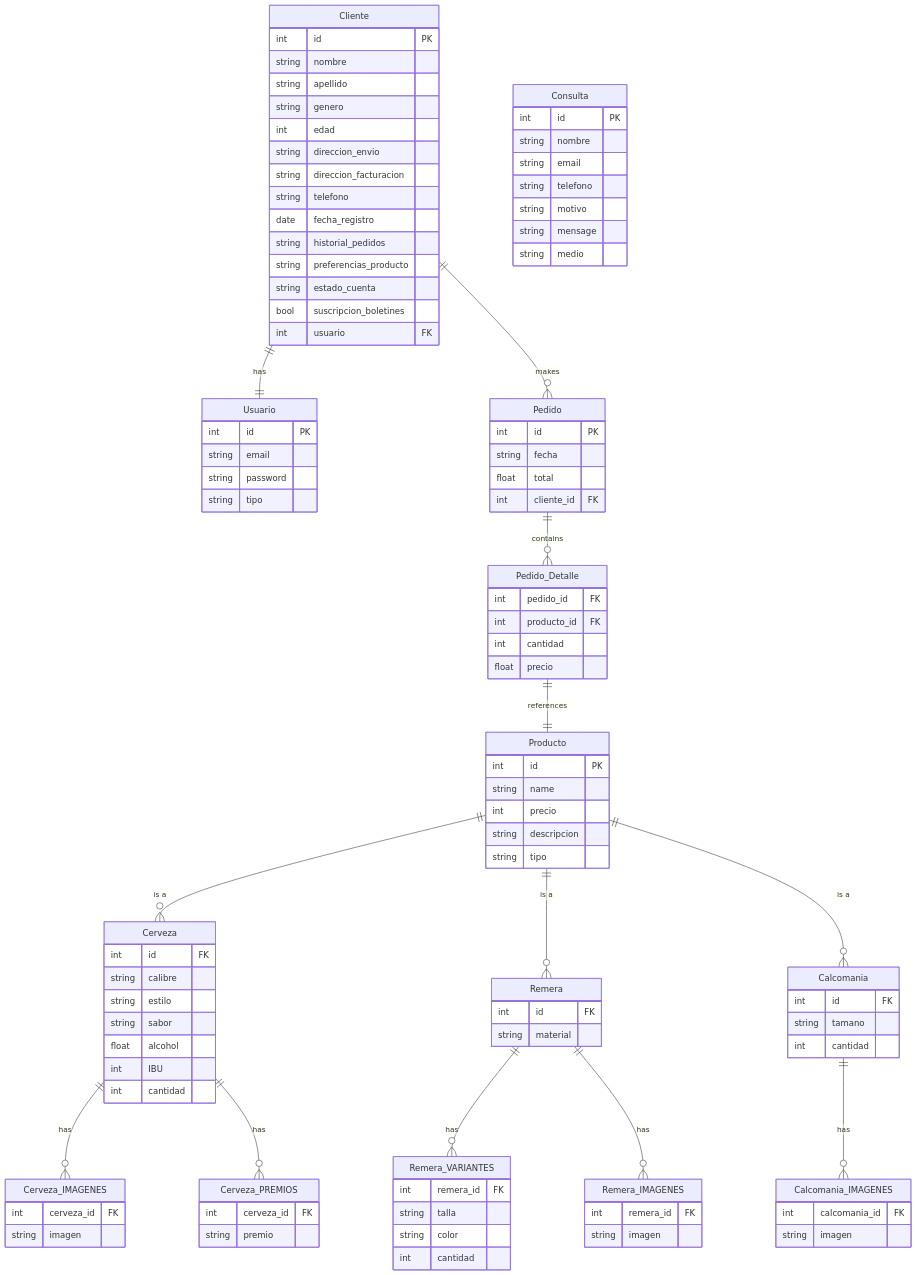
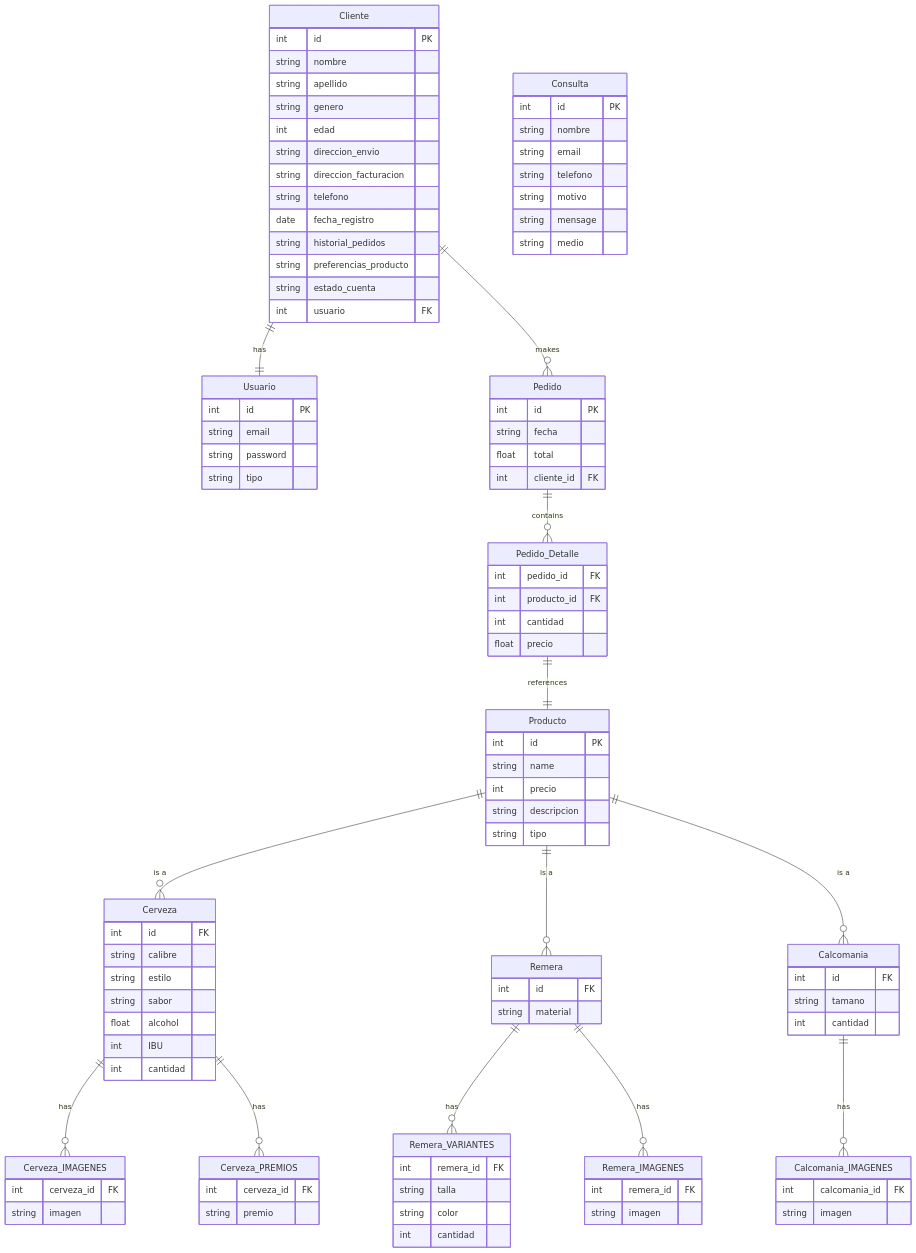
One commit to agustinyedro/cervezadackel changed the diagram in README.md. Above: the diagram before and after it, drawn with Mermaid. The commit also changed other lines of this file and 12 other files, not shown here.

```diff
--- a/README.md
+++ b/README.md
@@ -97,7 +103,7 @@
         string historial_pedidos
         string preferencias_producto
         string estado_cuenta
-        bool suscripcion_boletines
+
         int usuario FK
     }
     Usuario {
```
